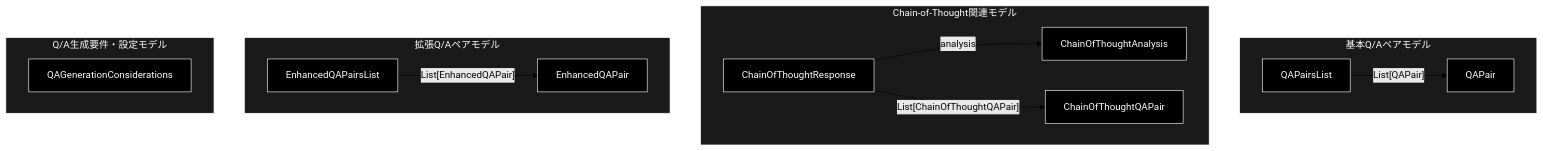
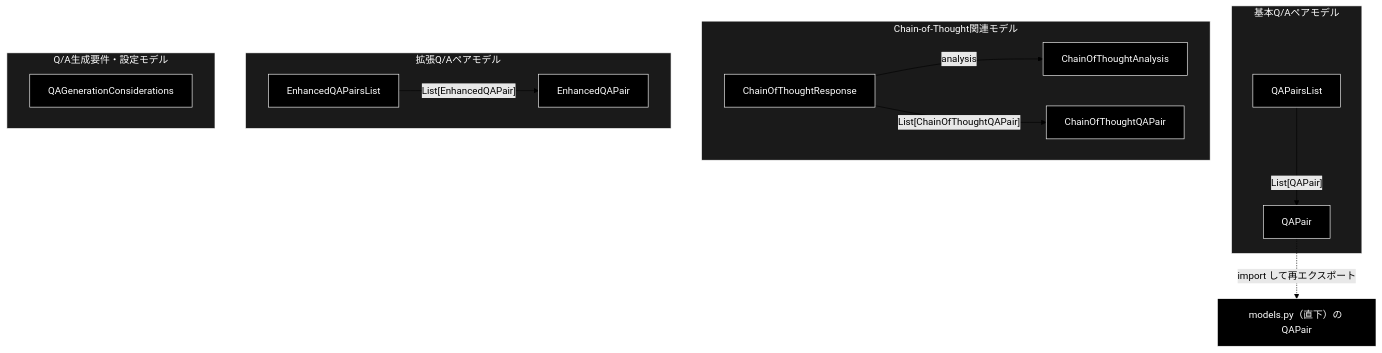
The second of 2 diagrams in qa_generation/docs/models.md (nakashima2toshio/grace_v2), drawn with Mermaid (forest theme) before and after one commit. The commit also changed other lines of this file and 6 other files, not shown here.

First line of the commit message:
refactor(qa_generation): QAPair を直下 models.py の定義へ一本化する

````diff
--- a/qa_generation/docs/models.md
+++ b/qa_generation/docs/models.md
@@ -95,30 +97,32 @@
 ```mermaid
 flowchart TB
     subgraph Basic["基本Q/Aペアモデル"]
         QAPair["QAPair"]
         QAPairsList["QAPairsList"]
     end
     subgraph CoT["Chain-of-Thought関連モデル"]
         Analysis["ChainOfThoughtAnalysis"]
         CoTPair["ChainOfThoughtQAPair"]
         CoTResp["ChainOfThoughtResponse"]
     end
     subgraph Enh["拡張Q/Aペアモデル"]
         EPair["EnhancedQAPair"]
         EList["EnhancedQAPairsList"]
     end
     subgraph Cfg["Q/A生成要件・設定モデル"]
         Consider["QAGenerationConsiderations"]
     end
+    Root["models.py（直下）の QAPair"]
+    QAPair -.->|"import して再エクスポート"| Root
     QAPairsList -->|"List[QAPair]"| QAPair
     CoTResp -->|"analysis"| Analysis
     CoTResp -->|"List[ChainOfThoughtQAPair]"| CoTPair
     EList -->|"List[EnhancedQAPair]"| EPair
 classDef default fill:#000,stroke:#fff,color:#fff
 classDef subgraphStyle fill:#1a1a1a,stroke:#fff,color:#fff
-class QAPair,QAPairsList,Analysis,CoTPair,CoTResp,EPair,EList,Consider default
+class QAPair,QAPairsList,Analysis,CoTPair,CoTResp,EPair,EList,Consider,Root default
 style Basic fill:#1a1a1a,stroke:#fff,color:#fff
 style CoT fill:#1a1a1a,stroke:#fff,color:#fff
 style Enh fill:#1a1a1a,stroke:#fff,color:#fff
 style Cfg fill:#1a1a1a,stroke:#fff,color:#fff
 ```
````
